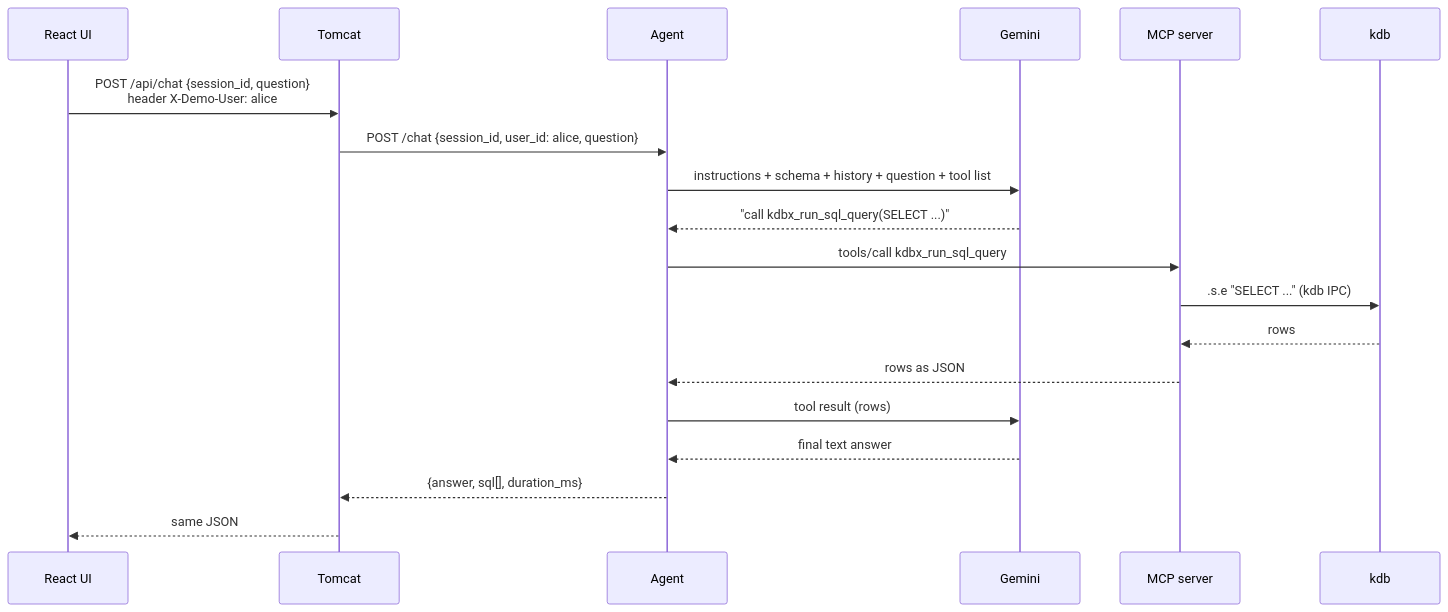
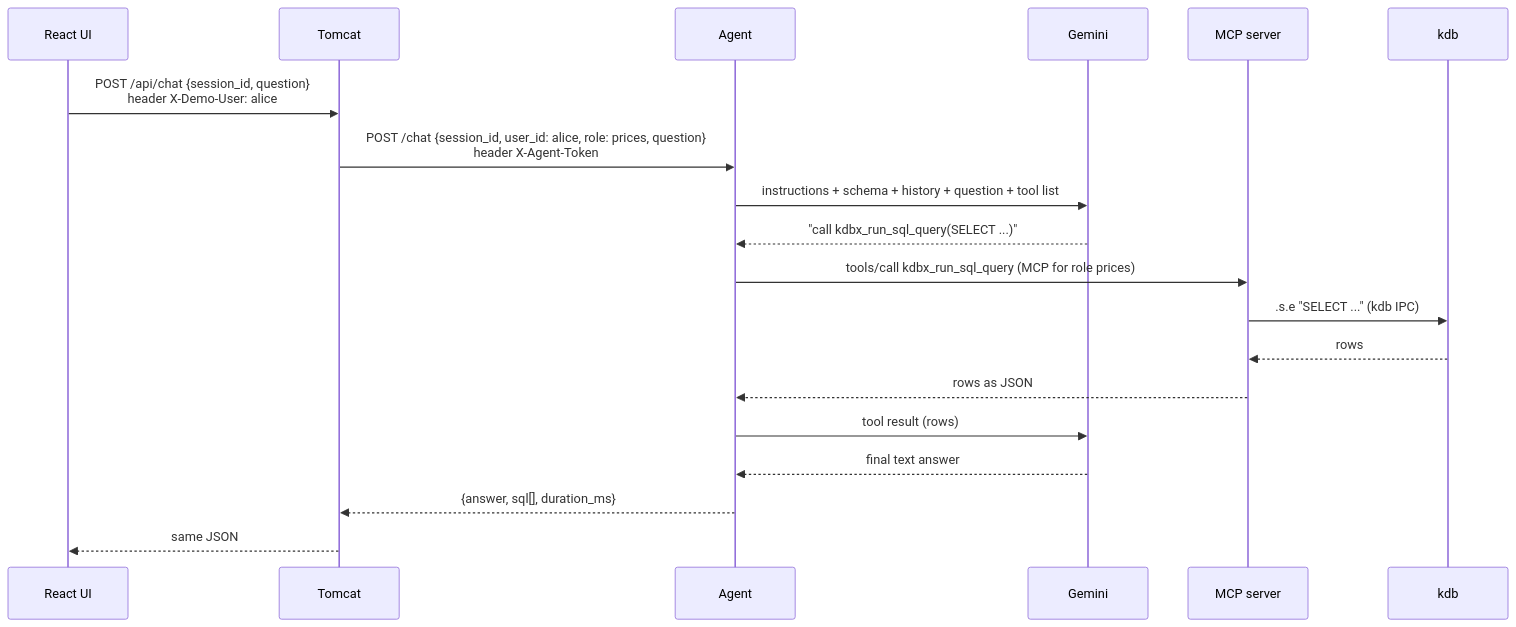
Before and after one commit to ronozh/kdb-ai-chat: the second of 2 diagrams in doc/01-architecture.md, drawn with Mermaid. The commit also changed other lines of this file and 9 other files, not shown here.

````diff
--- a/doc/01-architecture.md
+++ b/doc/01-architecture.md
@@ -30,21 +32,21 @@
 ```mermaid
 sequenceDiagram
     participant UI as React UI
     participant T as Tomcat
     participant A as Agent
     participant L as Gemini
     participant M as MCP server
     participant K as kdb
     UI->>T: POST /api/chat {session_id, question}<br/>header X-Demo-User: alice
-    T->>A: POST /chat {session_id, user_id: alice, question}
+    T->>A: POST /chat {session_id, user_id: alice, role: prices, question}<br/>header X-Agent-Token
     A->>L: instructions + schema + history + question + tool list
     L-->>A: "call kdbx_run_sql_query(SELECT ...)"
-    A->>M: tools/call kdbx_run_sql_query
+    A->>M: tools/call kdbx_run_sql_query (MCP for role prices)
     M->>K: .s.e "SELECT ..." (kdb IPC)
     K-->>M: rows
     M-->>A: rows as JSON
     A->>L: tool result (rows)
     L-->>A: final text answer
     A-->>T: {answer, sql[], duration_ms}
     T-->>UI: same JSON
 ```
````
